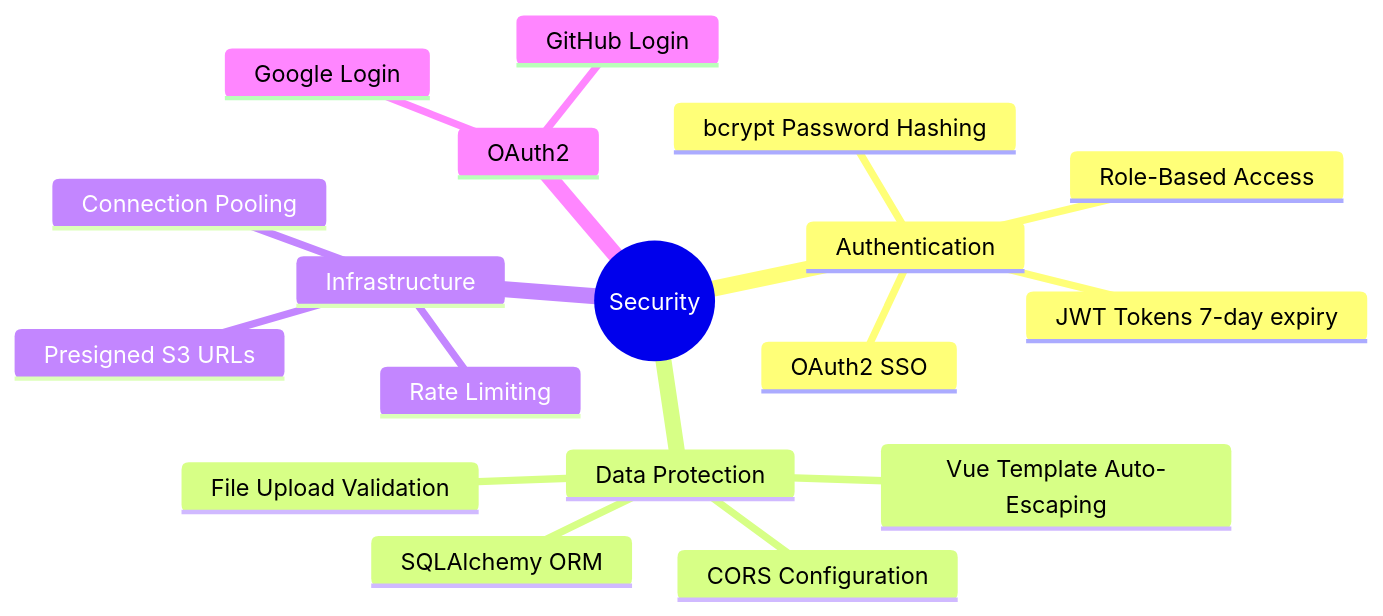
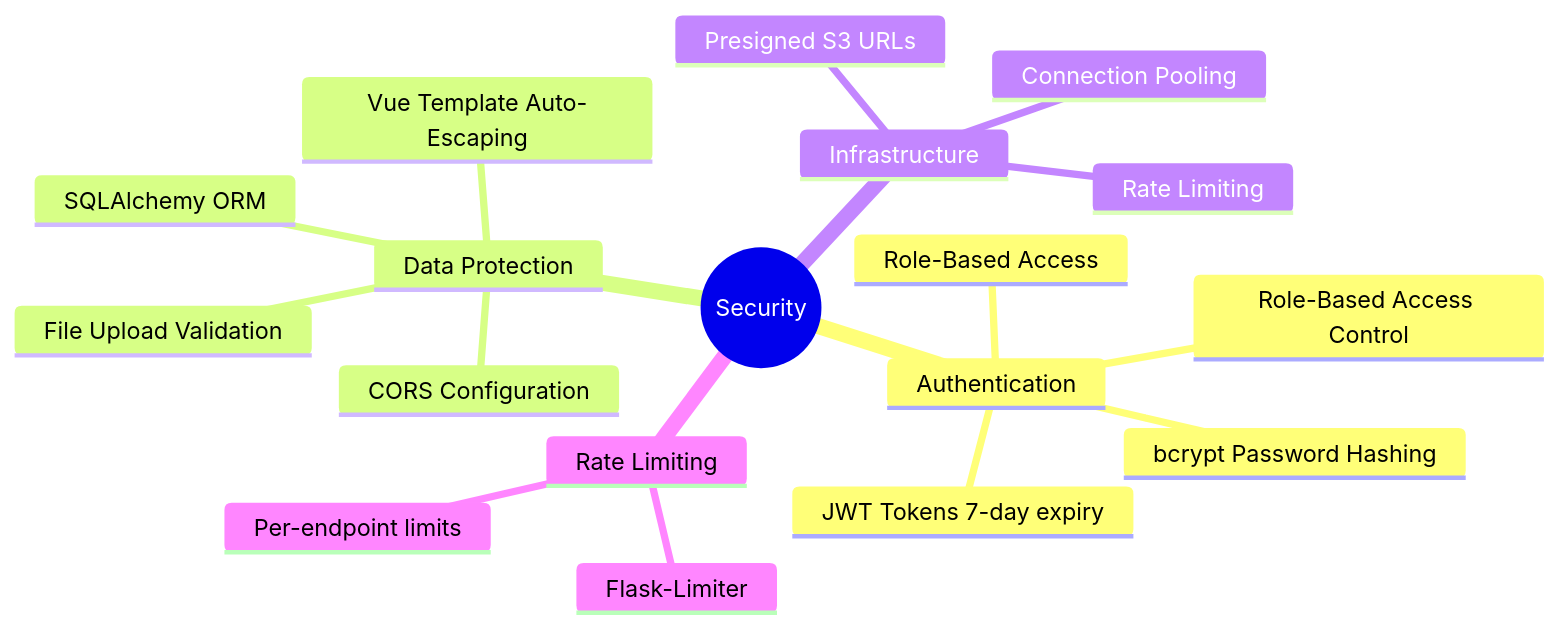
Before and after one commit to SpreadSheets600/CityPulse: the diagram in docs/SECURITY.md, drawn with Mermaid. The commit also changed 6 other files, not shown here.

First line of the commit message:
docs: update deployment and architecture docs, remove obsolete files

````diff
--- a/docs/SECURITY.md
+++ b/docs/SECURITY.md
@@ -5,21 +5,21 @@
 ```mermaid
 mindmap
   root((Security))
     Authentication
       bcrypt Password Hashing
       JWT Tokens 7-day expiry
       Role-Based Access
-      OAuth2 SSO
+      Role-Based Access Control
     Data Protection
       SQLAlchemy ORM
       Vue Template Auto-Escaping
       CORS Configuration
       File Upload Validation
     Infrastructure
       Presigned S3 URLs
       Rate Limiting
       Connection Pooling
-    OAuth2
-      Google Login
-      GitHub Login
+    Rate Limiting
+      Flask-Limiter
+      Per-endpoint limits
 ```
````
